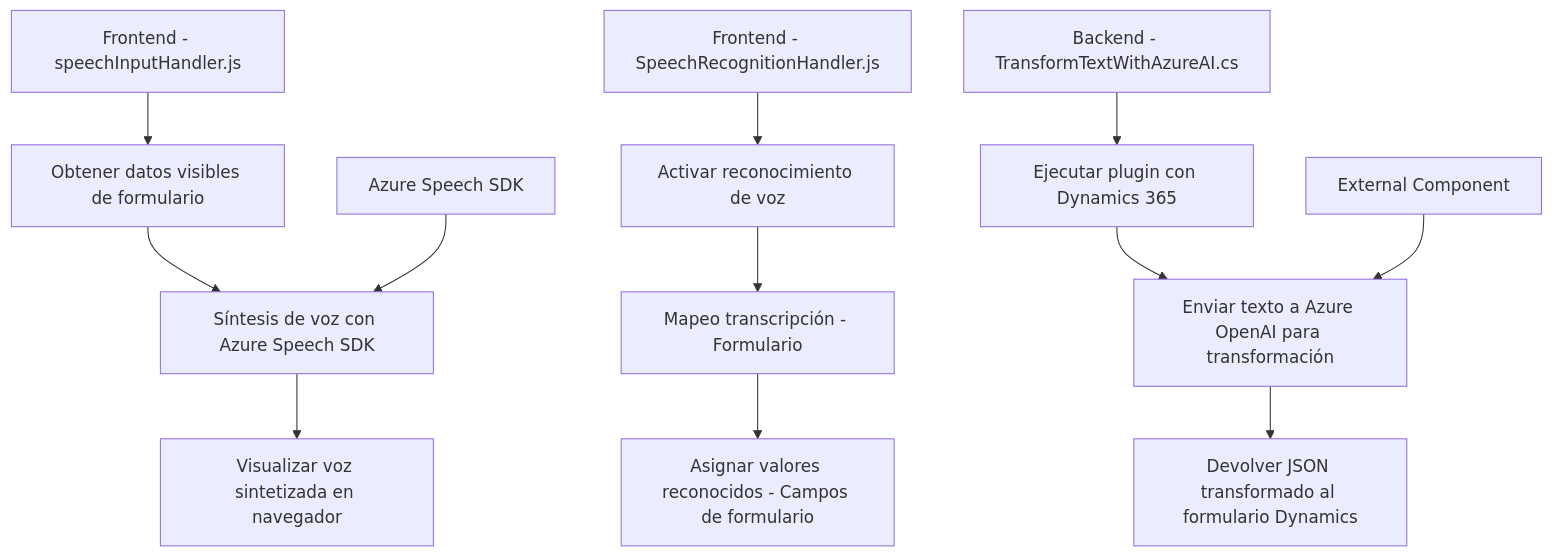
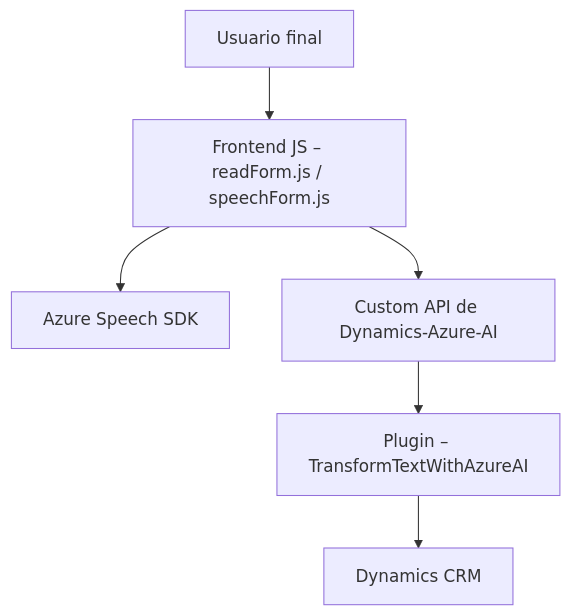
Before and after one commit to blopezdm/NETCORE_BILBAO2025: the diagram in README.md, drawn with Mermaid. The commit also changed other lines of this file, not shown here.

Commit message:
Actualizar análisis global de la solución con IA

````diff
--- a/README.md
+++ b/README.md
@@ -52,17 +59,15 @@
 ```mermaid
 graph TD
-    A["Frontend - speechInputHandler.js"] --> B["Obtener datos visibles de formulario"]
-    B --> C["Síntesis de voz con Azure Speech SDK"]
-    C --> D["Visualizar voz sintetizada en navegador"]
+  A["Usuario final"]
+  B["Frontend JS – readForm.js / speechForm.js"]
+  C["Azure Speech SDK"]
+  D["Custom API de Dynamics-Azure-AI"]
+  E["Plugin – TransformTextWithAzureAI"]
+  F["Dynamics CRM"]
 
-    E["Frontend - SpeechRecognitionHandler.js"] --> F["Activar reconocimiento de voz"]
-    F --> G["Mapeo transcripción - Formulario"]
-    G --> H["Asignar valores reconocidos - Campos de formulario"]
-
-    I["Backend - TransformTextWithAzureAI.cs"] --> J["Ejecutar plugin con Dynamics 365"]
-    J --> K["Enviar texto a Azure OpenAI para transformación"]
-    K --> L["Devolver JSON transformado al formulario Dynamics"]
-
-    M["External Component"] --> K
-    N["Azure Speech SDK"] --> C
+  A --> B
+  B --> C
+  B --> D
+  D --> E
+  E --> F
 ```
````
